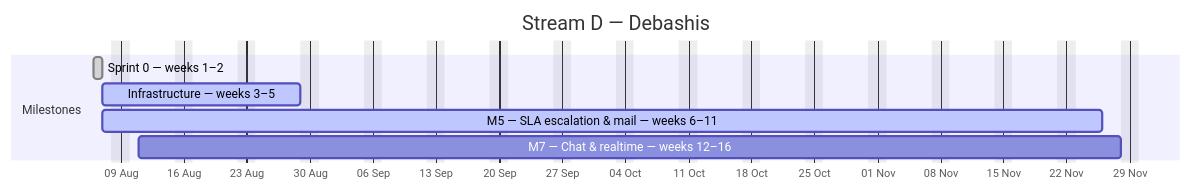
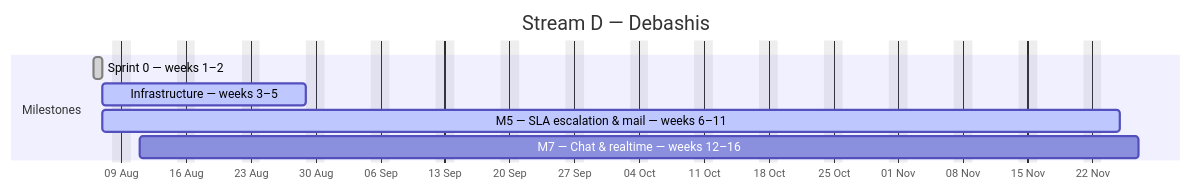
One commit to debashisedunext/EduTrack changed the fourth of 4 diagrams in docs/plan/GANTT.md. Above: the diagram before and after it, drawn with Mermaid. The commit also changed other lines of this file and 3 other files, not shown here.

````diff
--- a/docs/plan/GANTT.md
+++ b/docs/plan/GANTT.md
@@ -169,12 +166,12 @@
 ```mermaid
 gantt
     dateFormat YYYY-MM-DD
     axisFormat %d %b
     title Stream D — Debashis
     excludes weekends
     section Milestones
     Sprint 0 — weeks 1–2 :done, d0, 2026-08-06, 1d
     Infrastructure — weeks 3–5 :active, d1, 2026-08-07, 16d
-    M5 — SLA  escalation & mail — weeks 6–11 :active, d2, 2026-08-07, 79d
-    M7 — Chat & realtime — weeks 12–16 :d3, 2026-08-11, 79d
+    M5 — SLA  escalation & mail — weeks 6–11 :active, d2, 2026-08-07, 78d
+    M7 — Chat & realtime — weeks 12–16 :d3, 2026-08-11, 78d
 ```
````
